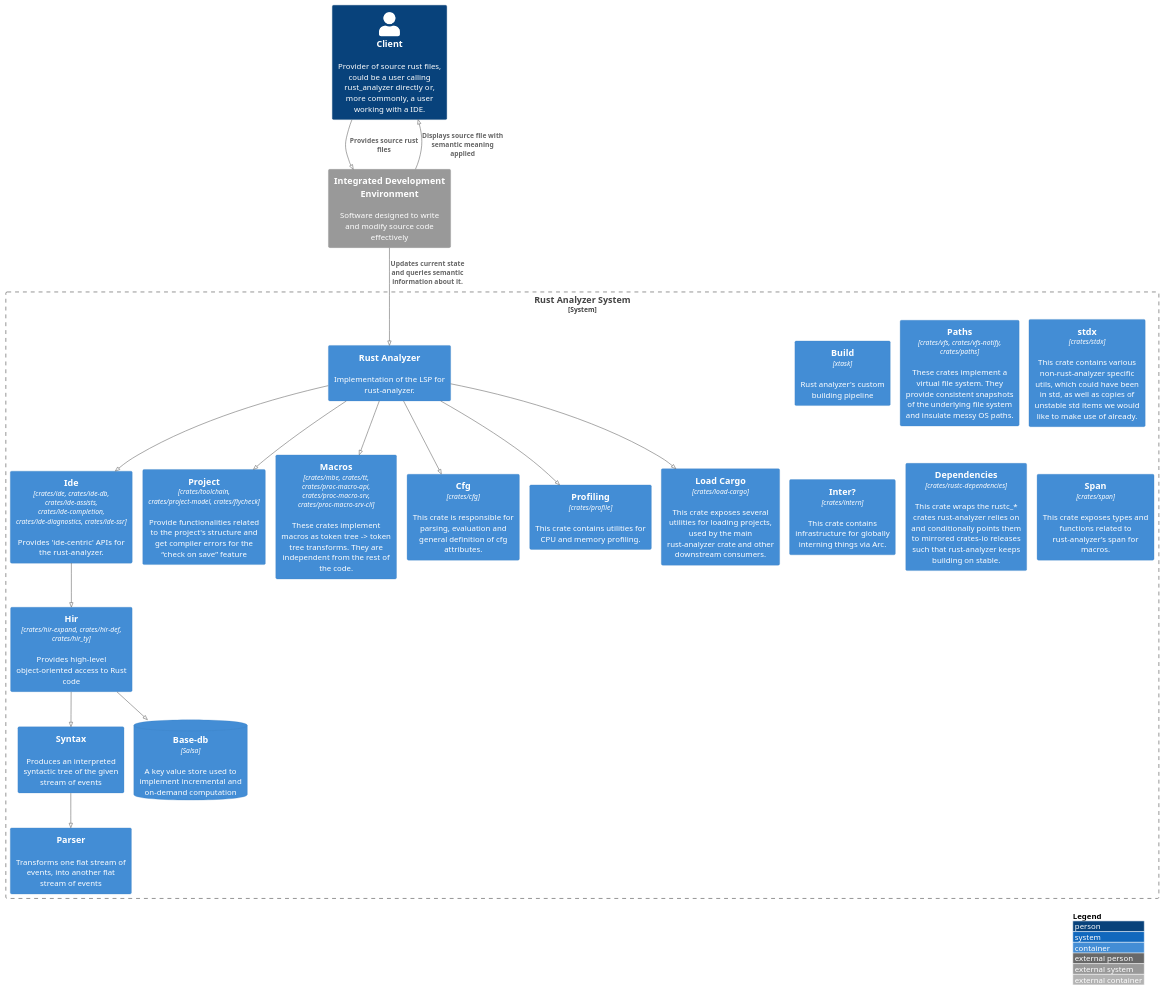
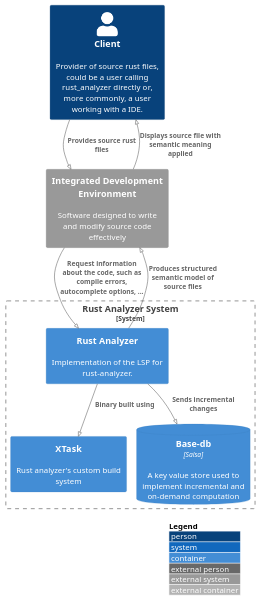
Before and after one commit to SDATeam10/Project: the diagram in src/diagrams/architecture/container.puml, drawn with PlantUML. The commit also changed other lines of this file and 3 other files, not shown here.

Commit message:
feat: created component and container stub diagrams

```diff
--- a/src/diagrams/architecture/container.puml
+++ b/src/diagrams/architecture/container.puml
@@ -1,46 +1,22 @@
 @startuml
 !pragma layout smetana
 !include https://raw.githubusercontent.com/plantuml-stdlib/C4-PlantUML/master/C4_Container.puml
 
 LAYOUT_WITH_LEGEND()
 
 Person(client, "Client", "Provider of source rust files, could be a user calling rust_analyzer directly or, more commonly, a user working with a IDE.")
 System_Ext(ide_ext, "Integrated Development Environment", "Software designed to write and modify source code effectively")
 
-System_Boundary(sn, "Rust Analyzer System"){
-    Container(build, "Build", "xtask", "Rust analyzer's custom building pipeline" )
-    Container(parser, "Parser", "", "Transforms one flat stream of events, into another flat stream of events" )
-    Container(syntax, "Syntax", "", "Produces an interpreted syntactic tree of the given stream of events" )
+System_Boundary(sb, "Rust Analyzer System"){
+    Container(rustanalyzer, "Rust Analyzer", "", "Implementation of the LSP for rust-analyzer.")
+    Container(xtask, "XTask", "",  "Rust analyzer's custom build system")
     ContainerDb(basedb, "Base-db", "Salsa", "A key value store used to implement incremental and on-demand computation" )
-    Container(hir, "Hir", "crates/hir-expand, crates/hir-def, crates/hir_ty", "Provides high-level object-oriented access to Rust code" )
-    Container(ide_int, "Ide", "crates/ide, crates/ide-db, crates/ide-assists, crates/ide-completion, crates/ide-diagnostics, crates/ide-ssr", "Provides 'ide-centric' APIs for the rust-analyzer.")
-    Container(rustanalyzer, "Rust Analyzer", "", "Implementation of the LSP for rust-analyzer.")
-    Container(project, "Project", "crates/toolchain, crates/project-model, crates/flycheck", "Provide functionalities related to the project's structure and get compiler errors for the “check on save” feature")
-    Container(macro, "Macros", "crates/mbe, crates/tt, crates/proc-macro-api, crates/proc-macro-srv, crates/proc-macro-srv-cli", "These crates implement macros as token tree -> token tree transforms. They are independent from the rest of the code.")
-    Container(cfg, "Cfg", "crates/cfg", "This crate is responsible for parsing, evaluation and general definition of cfg attributes.")
-    Container(paths, "Paths", "crates/vfs, crates/vfs-notify, crates/paths", "These crates implement a virtual file system. They provide consistent snapshots of the underlying file system and insulate messy OS paths.")
-    Container(stdx, "stdx", "crates/stdx", "This crate contains various non-rust-analyzer specific utils, which could have been in std, as well as copies of unstable std items we would like to make use of already.")
-    Container(profile, "Profiling", "crates/profile", "This crate contains utilities for CPU and memory profiling.")
-    Container(intern, "Inter?", "crates/intern", "This crate contains infrastructure for globally interning things via Arc.")
-    Container(loadcargo, "Load Cargo", "crates/load-cargo", "This crate exposes several utilities for loading projects, used by the main rust-analyzer crate and other downstream consumers.")
-    Container(dependencies, "Dependencies", "crates/rustc-dependencies", "This crate wraps the rustc_* crates rust-analyzer relies on and conditionally points them to mirrored crates-io releases such that rust-analyzer keeps building on stable.")
-    Container(span, "Span", "crates/span", "This crate exposes types and functions related to rust-analyzer’s span for macros.")
-
 }
 
-Rel(rustanalyzer, ide_int, "")
-Rel(ide_int, hir, "")
-Rel(hir, syntax, "")
-Rel(hir, basedb, "")
-Rel(syntax, parser, "")
-Rel(rustanalyzer, loadcargo, "")
-Rel(rustanalyzer, project, "")
-Rel(rustanalyzer, macro, "")
-Rel(rustanalyzer, cfg, "")
-Rel(rustanalyzer, profile, "")
-
+Rel(rustanalyzer, basedb, "Sends incremental changes")
+Rel(rustanalyzer, xtask, "Binary built using")
 Rel(client, ide_ext, "Provides source rust files")
-Rel(ide_ext, rustanalyzer, "Updates current state and queries semantic information about it.")
+Rel(ide_ext, rustanalyzer, "Request information about the code, such as compile errors, autocomplete options, ...")
+Rel(rustanalyzer, ide_ext, "Produces structured semantic model of source files")
 Rel(ide_ext, client, "Displays source file with semantic meaning applied")
-
 @enduml
```
